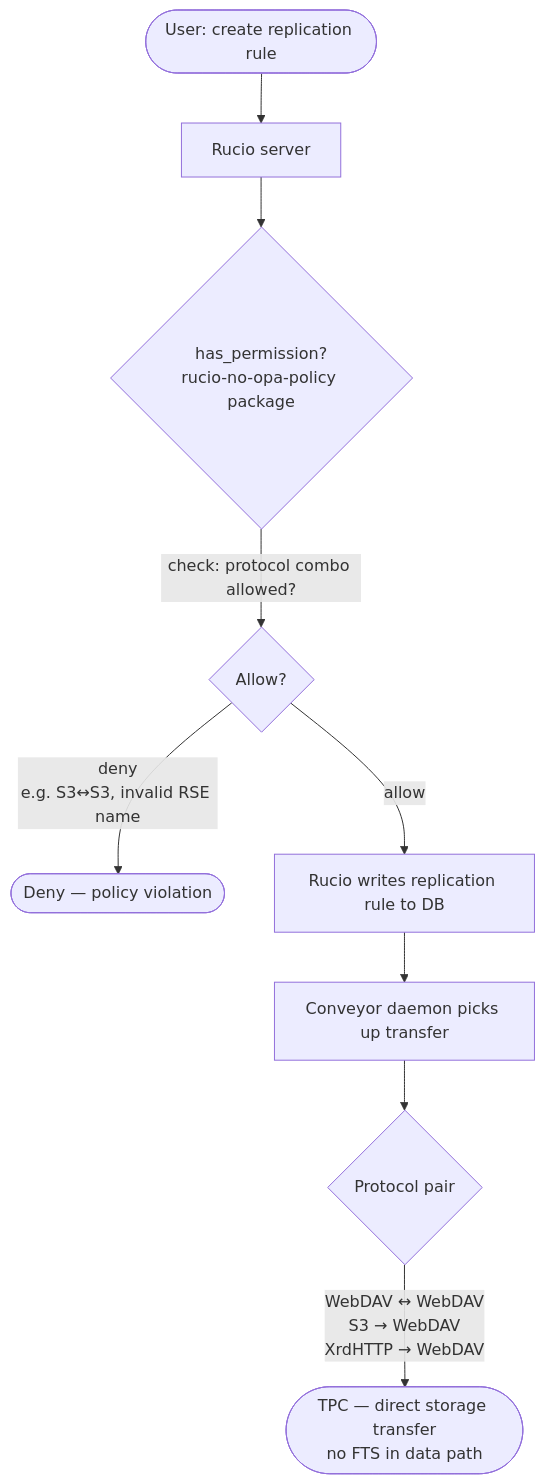
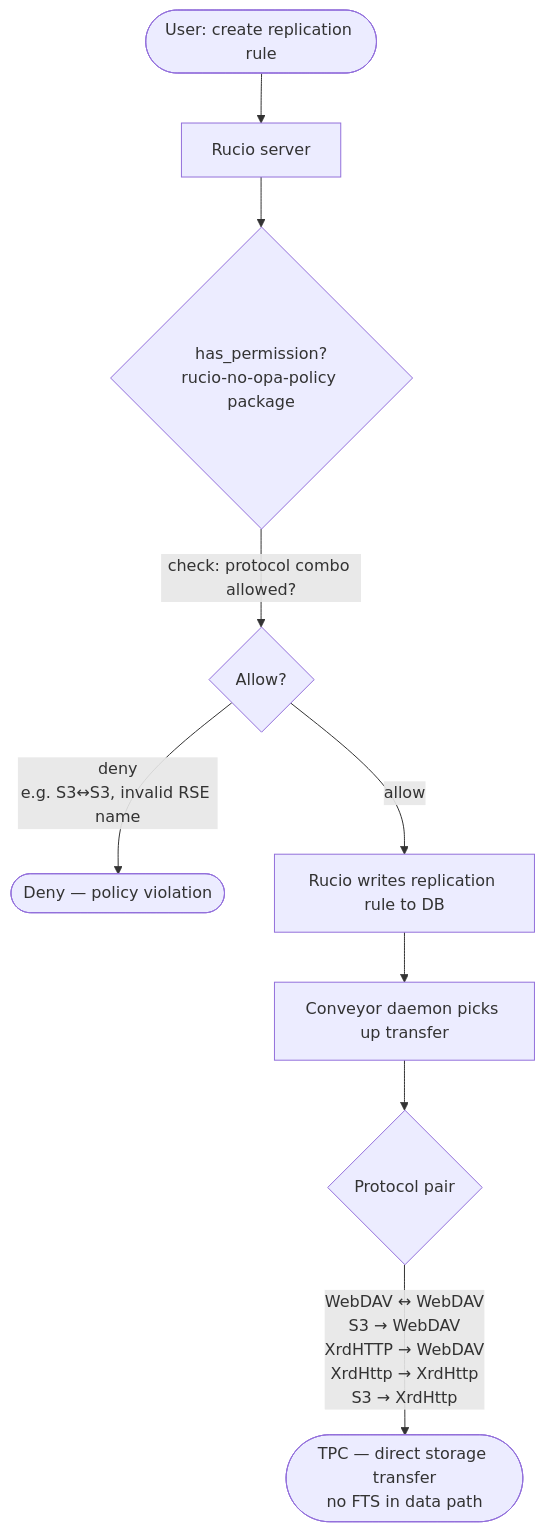
The first of 2 diagrams in README.md (mgajek-cern/opa-policy-package), drawn with Mermaid before and after one commit. The commit also changed other lines of this file and 7 other files, not shown here.

First line of the commit message:
feat(policy): allow S3→XrdHTTP and XrdHTTP↔XrdHTTP TPC transfers

````diff
--- a/README.md
+++ b/README.md
@@ -60,13 +60,13 @@
 ```mermaid
 flowchart TD
     A([User: create replication rule]) --> B[Rucio server]
     B --> C{has_permission?\nrucio-no-opa-policy package}
 
     C -->|check: protocol combo allowed?| D{Allow?}
     D -->|deny\ne.g. S3↔S3, invalid RSE name| E([Deny — policy violation])
     D -->|allow| F[Rucio writes replication rule to DB]
 
     F --> G[Conveyor daemon picks up transfer]
     G --> H{Protocol pair}
-    H -->|WebDAV ↔ WebDAV\nS3 → WebDAV\nXrdHTTP → WebDAV| I([TPC — direct storage transfer\nno FTS in data path])
+    H -->|WebDAV ↔ WebDAV\nS3 → WebDAV\nXrdHTTP → WebDAV\nXrdHttp → XrdHttp\n S3 → XrdHttp| I([TPC — direct storage transfer\nno FTS in data path])
 ```
````
